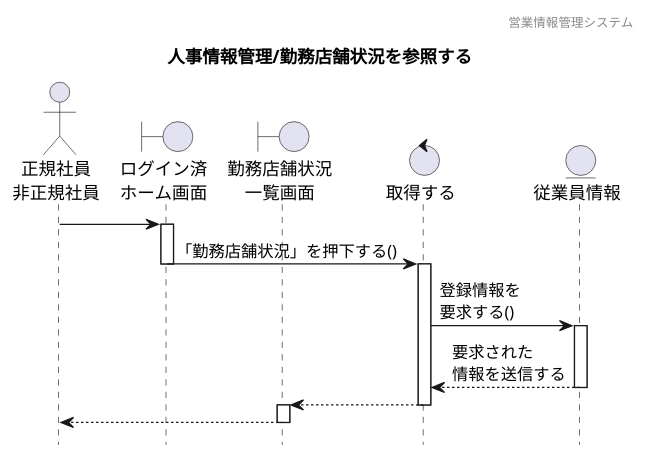
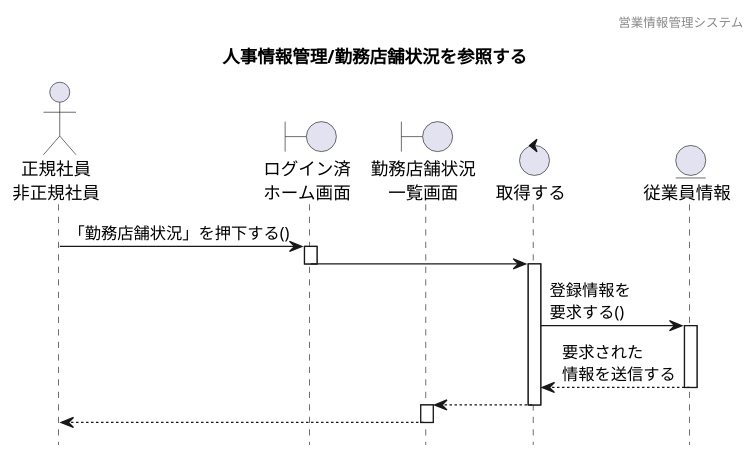
The diagram in 各種設計書/4シーケンス図/人事情報管理/3.勤務店舗状況編集/未_勤務店舗状況参照.plantuml (HaruShim/Sotuken), drawn with PlantUML before and after one commit.

```diff
--- a/各種設計書/4シーケンス図/人事情報管理/3.勤務店舗状況編集/未_勤務店舗状況参照.plantuml
+++ b/各種設計書/4シーケンス図/人事情報管理/3.勤務店舗状況編集/未_勤務店舗状況参照.plantuml
@@ -1,45 +1,45 @@
 @startuml シーケンス図
 ' 下アイコン除去
 hide footbox
 ' ヘッダー
 header 営業情報管理システム
 ' タイトル
 title 人事情報管理/勤務店舗状況を参照する
 
 
 ' actor "" as 
 actor "正規社員\n非正規社員" as a1
 
 ' boundary "" as 
 boundary "ログイン済\nホーム画面" as b1
 boundary "勤務店舗状況\n一覧画面" as b2
 
 ' control "" as 
 control "取得する" as c1
 
 ' entity "" as
 entity "従業員情報" as e1
 
 
 ' 長谷川
 
-a1 -> b1
+a1 -> b1 : 「勤務店舗状況」を押下する()
 activate b1
-b1 -> c1 : 「勤務店舗状況」を押下する()
+b1 -> c1
 deactivate
 activate c1
 c1 -> e1 : 登録情報を\n要求する() 
 activate e1
 e1 --> c1 : 要求された\n情報を送信する
 deactivate
 b2 <-- c1
 deactivate
 activate b2
 a1 <-- b2
 deactivate
 
 
 
 
 
 @enduml
```
